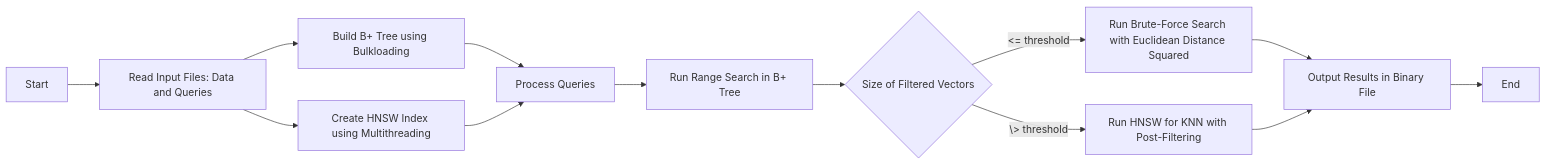
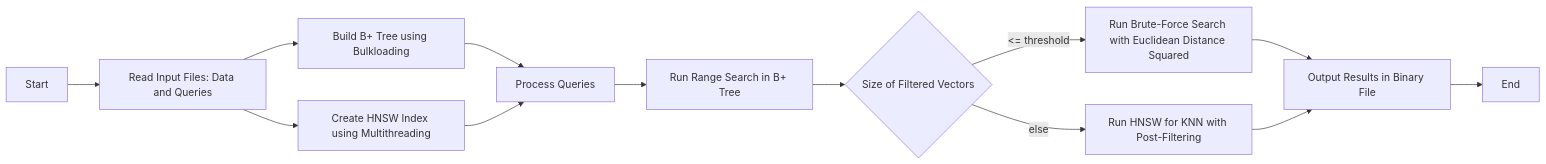
One commit to imanerh/BPlusVectorSearch changed the diagram in README.md. Above: the diagram before and after it, drawn with Mermaid.

````diff
--- a/README.md
+++ b/README.md
@@ -119,15 +119,15 @@
 ```mermaid
 flowchart LR
     A[Start] --> B[Read Input Files: Data and Queries]
     B --> D[Build B+ Tree using Bulkloading]
     B --> E[Create HNSW Index using Multithreading]
     D --> F[Process Queries]
     E --> F[Process Queries]
     F --> G[Run Range Search in B+ Tree]
     G --> I{Size of Filtered Vectors}
     I -->|<= threshold| J[Run Brute-Force Search with Euclidean Distance Squared]
-    I -->|\> threshold| K[Run HNSW for KNN with Post-Filtering]
+    I -->|else| K[Run HNSW for KNN with Post-Filtering]
     J --> L[Output Results in Binary File]
     K --> L[Output Results in Binary File]
     L --> M[End]
 ```
````
